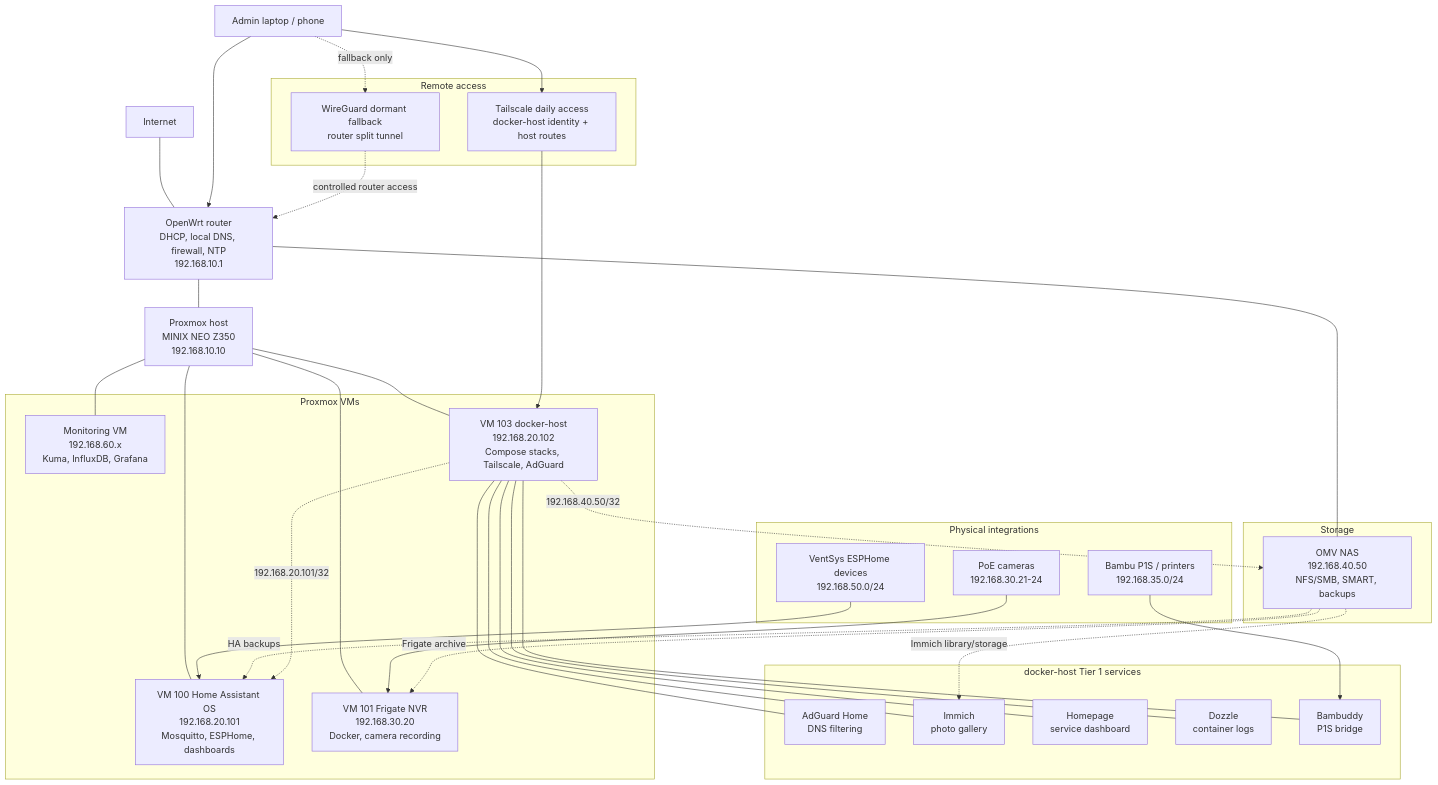
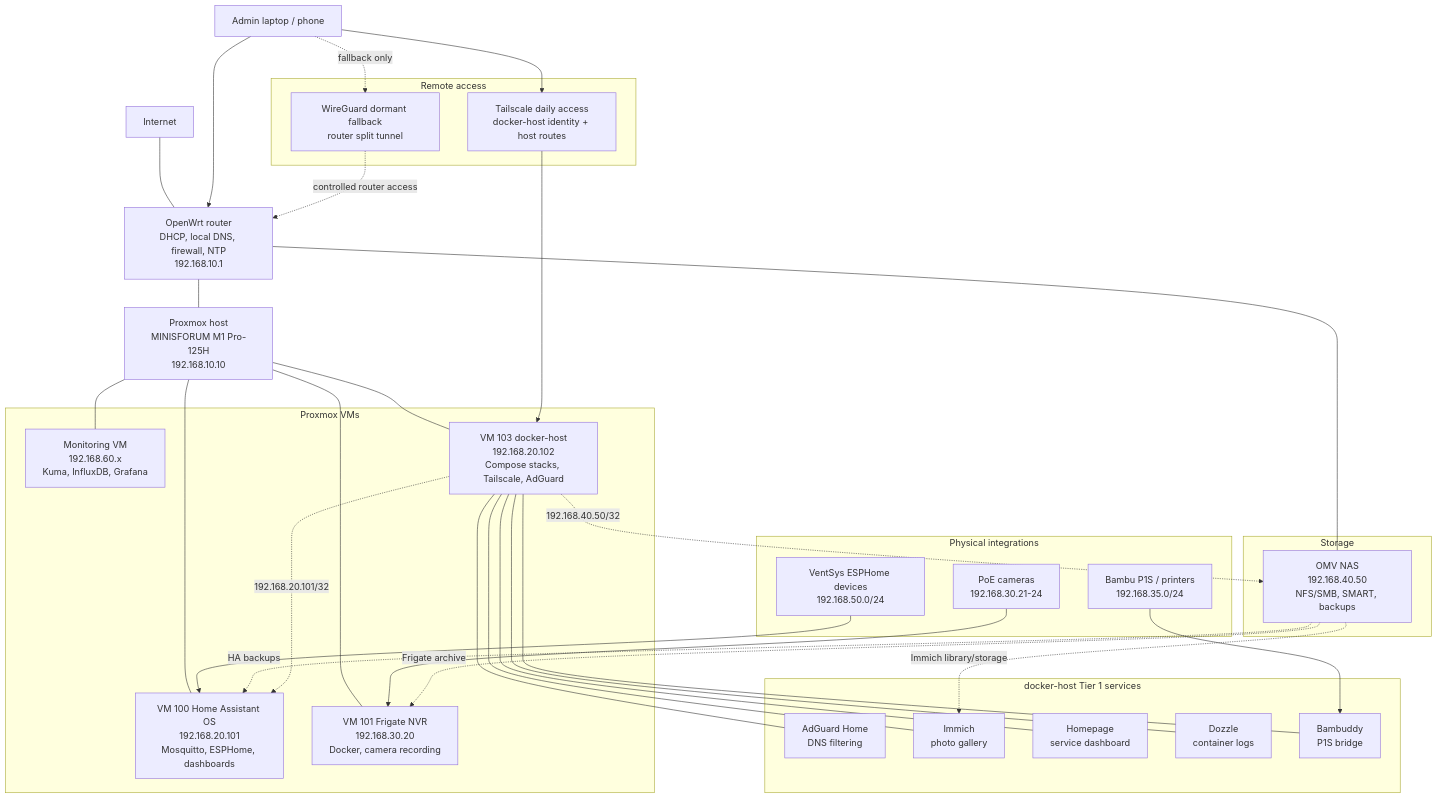
One commit to Nysplaidame/home-automation-project changed the diagram in main/docs/diagrams/network/current-master-architecture.mermaid. Above: the diagram before and after it, drawn with Mermaid. The commit also changed 50 other files, not shown here.

```diff
--- a/main/docs/diagrams/network/current-master-architecture.mermaid
+++ b/main/docs/diagrams/network/current-master-architecture.mermaid
@@ -1,67 +1,67 @@
 flowchart TB
     Operator["Admin laptop / phone"]
     Internet["Internet"]
     Router["OpenWrt router<br/>DHCP, local DNS, firewall, NTP<br/>192.168.10.1"]
-    Proxmox["Proxmox host<br/>MINIX NEO Z350<br/>192.168.10.10"]
+    Proxmox["Proxmox host<br/>MINISFORUM M1 Pro-125H<br/>192.168.10.10"]
 
     Internet --- Router
     Operator --> Router
     Router --- Proxmox
 
     subgraph VMs["Proxmox VMs"]
         HA["VM 100 Home Assistant OS<br/>192.168.20.101<br/>Mosquitto, ESPHome, dashboards"]
         Frigate["VM 101 Frigate NVR<br/>192.168.30.20<br/>Docker, camera recording"]
         Monitoring["Monitoring VM<br/>192.168.60.x<br/>Kuma, InfluxDB, Grafana"]
         DockerHost["VM 103 docker-host<br/>192.168.20.102<br/>Compose stacks, Tailscale, AdGuard"]
     end
 
     Proxmox --- HA
     Proxmox --- Frigate
     Proxmox --- Monitoring
     Proxmox --- DockerHost
 
     subgraph Storage["Storage"]
         OMV["OMV NAS<br/>192.168.40.50<br/>NFS/SMB, SMART, backups"]
     end
 
     Router --- OMV
 
     subgraph DockerApps["docker-host Tier 1 services"]
         AdGuard["AdGuard Home<br/>DNS filtering"]
         Immich["Immich<br/>photo gallery"]
         Homepage["Homepage<br/>service dashboard"]
         Dozzle["Dozzle<br/>container logs"]
         Bambuddy["Bambuddy<br/>P1S bridge"]
     end
 
     DockerHost --- AdGuard
     DockerHost --- Immich
     DockerHost --- Homepage
     DockerHost --- Dozzle
     DockerHost --- Bambuddy
 
     subgraph Physical["Physical integrations"]
         Cameras["PoE cameras<br/>192.168.30.21-24"]
         Printers["Bambu P1S / printers<br/>192.168.35.0/24"]
         VentSys["VentSys ESPHome devices<br/>192.168.50.0/24"]
     end
 
     Cameras --> Frigate
     Printers --> Bambuddy
     VentSys --> HA
 
     OMV -.->|"HA backups"| HA
     OMV -.->|"Frigate archive"| Frigate
     OMV -.->|"Immich library/storage"| Immich
 
     subgraph Remote["Remote access"]
         Tailscale["Tailscale daily access<br/>docker-host identity + host routes"]
         WireGuard["WireGuard dormant fallback<br/>router split tunnel"]
     end
 
     Operator --> Tailscale
     Tailscale --> DockerHost
     DockerHost -.->|"192.168.20.101/32"| HA
     DockerHost -.->|"192.168.40.50/32"| OMV
     Operator -.->|"fallback only"| WireGuard
     WireGuard -.->|"controlled router access"| Router
```
